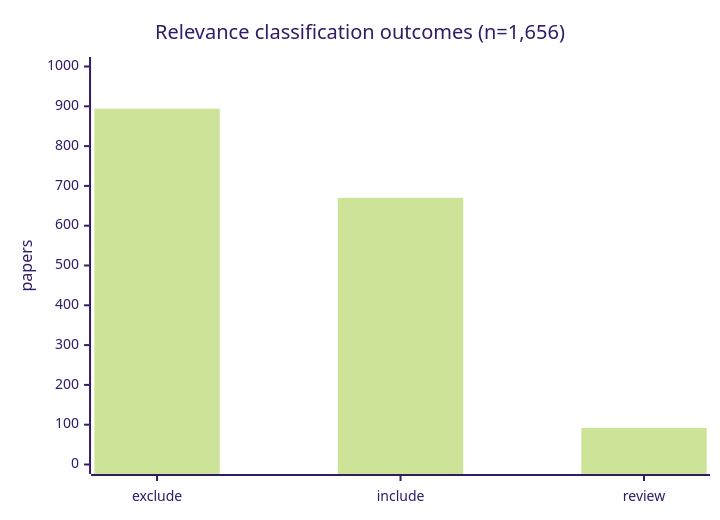
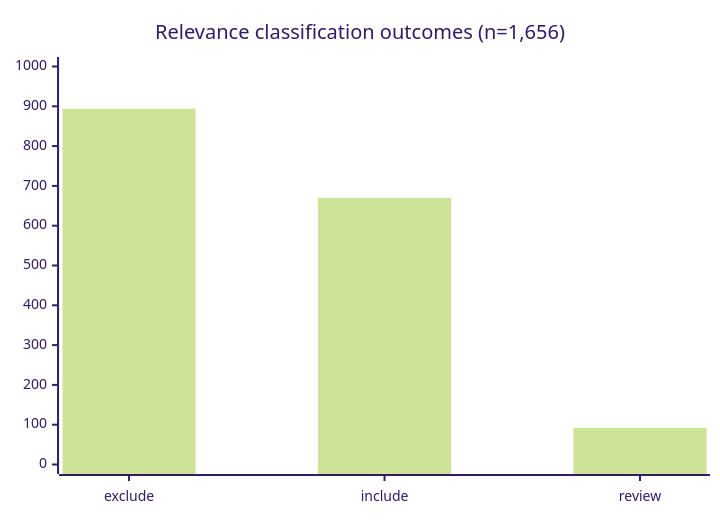
Before and after one commit to Otto-Destiny/mufasa: the third of 19 diagrams in README.md, drawn with Mermaid (forest theme). The commit also changed other lines of this file, not shown here.

First line of the commit message:
docs: fix unreadable diagram node and clipped chart axes

````diff
--- a/README.md
+++ b/README.md
@@ -168,7 +168,7 @@
 ```mermaid
 xychart-beta
     title "Relevance classification outcomes (n=1,656)"
-    x-axis ["exclude", "include", "review"]
-    y-axis "papers" 0 --> 1000
+    x-axis [exclude, include, review]
+    y-axis 0 --> 1000
     bar [894, 670, 92]
 ```
````
